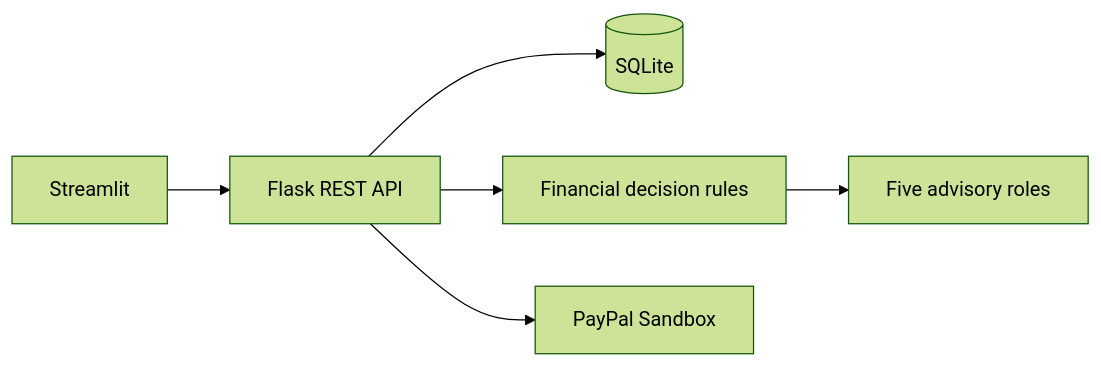
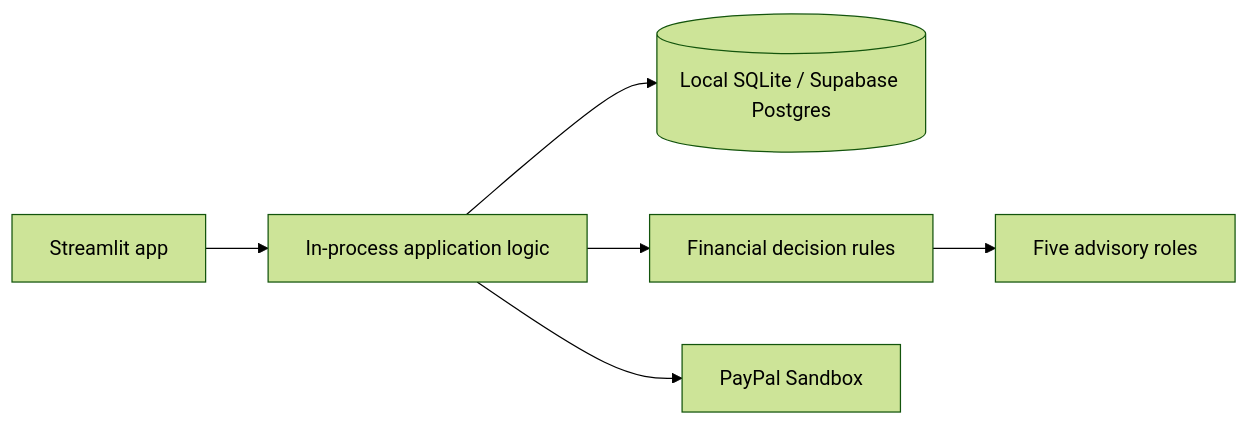
One commit to UzaibBashir/PayAhead changed the diagram in README.md. Above: the diagram before and after it, drawn with Mermaid (forest theme). The commit also changed other lines of this file and 12 other files, not shown here.

````diff
--- a/README.md
+++ b/README.md
@@ -9,8 +9,8 @@
 ```mermaid
 flowchart LR
- UI[Streamlit] --> API[Flask REST API]
- API --> DB[(SQLite)]
- API --> DEC[Financial decision rules]
+ UI[Streamlit app] --> APP[In-process application logic]
+ APP --> DB[(Local SQLite / Supabase Postgres)]
+ APP --> DEC[Financial decision rules]
  DEC --> AG[Five advisory roles]
- API --> PAY[PayPal Sandbox]
+ APP --> PAY[PayPal Sandbox]
 ```
````
